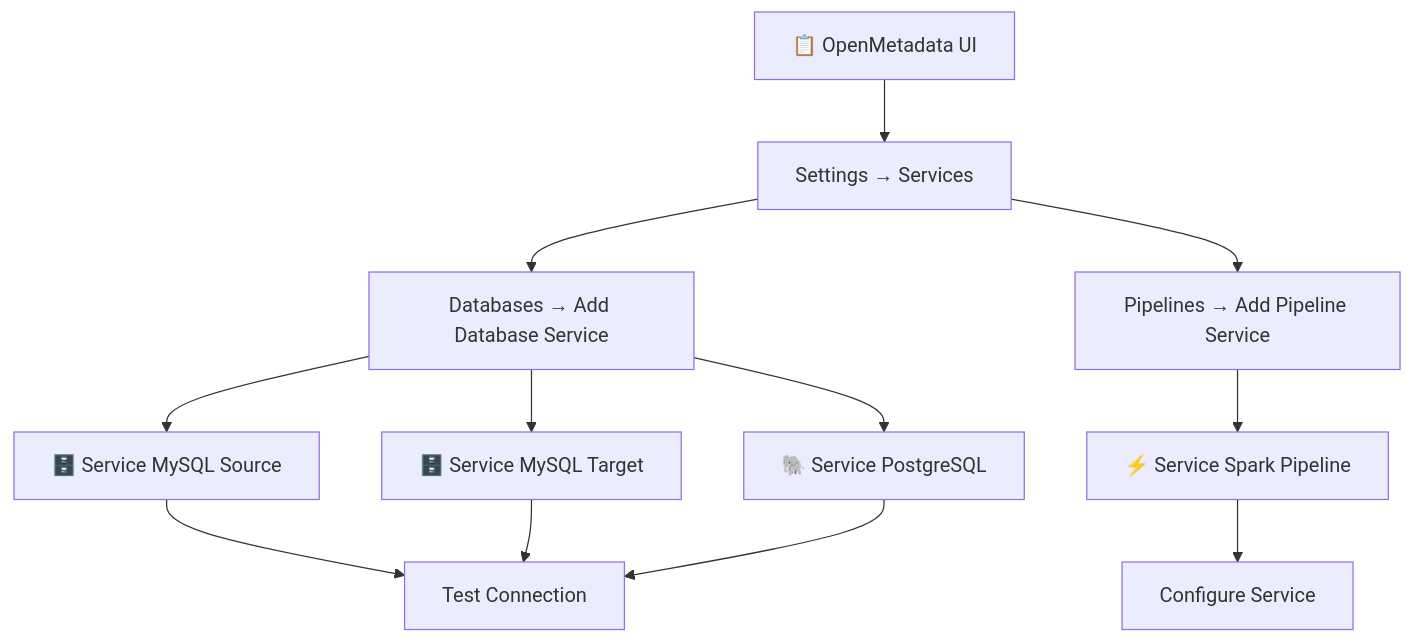
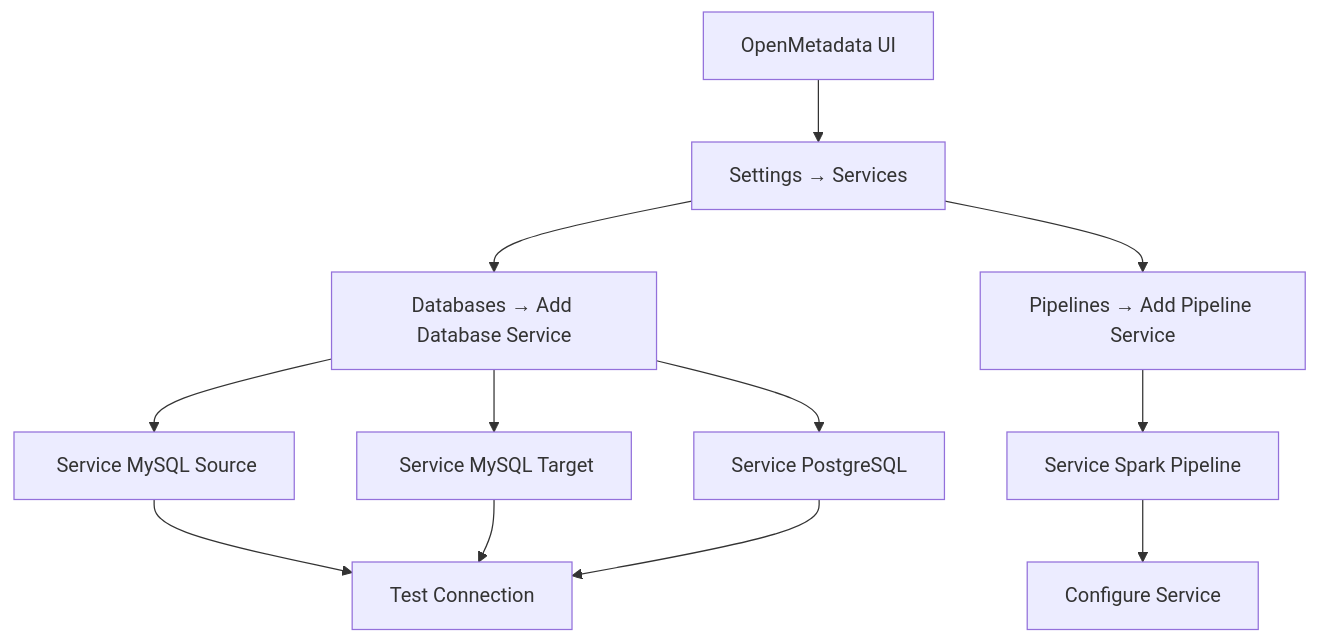
One commit to Monsau/sparklineage changed the second of 4 diagrams in README.md. Above: the diagram before and after it, drawn with Mermaid. The commit also changed other lines of this file and 4 other files, not shown here.

````diff
--- a/README.md
+++ b/README.md
@@ -251,16 +251,16 @@
 ```mermaid
 flowchart TD
-    A[📋 OpenMetadata UI] --> B[Settings → Services]
+    A[ OpenMetadata UI] --> B[Settings → Services]
     B --> C[Databases → Add Database Service]
-    C --> D1[🗄️ Service MySQL Source]
-    C --> D2[🗄️ Service MySQL Target] 
-    C --> D3[🐘 Service PostgreSQL]
+    C --> D1[️ Service MySQL Source]
+    C --> D2[️ Service MySQL Target] 
+    C --> D3[ Service PostgreSQL]
     
     B --> E[Pipelines → Add Pipeline Service]
-    E --> F[⚡ Service Spark Pipeline]
+    E --> F[ Service Spark Pipeline]
     
     D1 --> G[Test Connection]
     D2 --> G
     D3 --> G
     F --> H[Configure Service]
 ```
````
